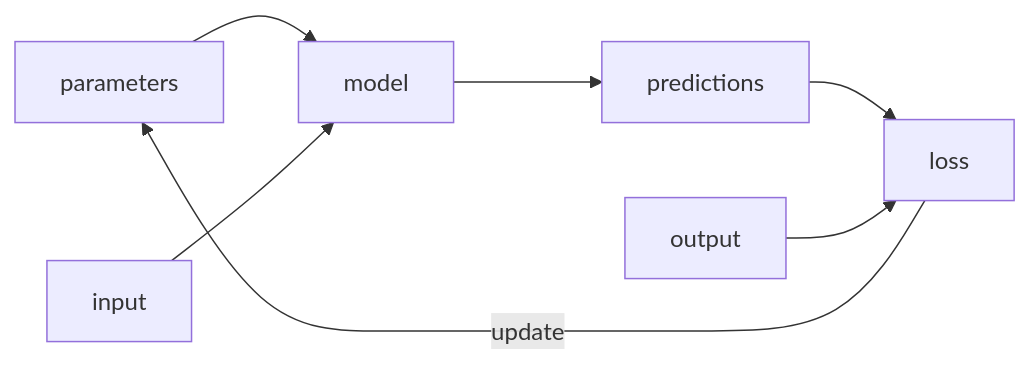
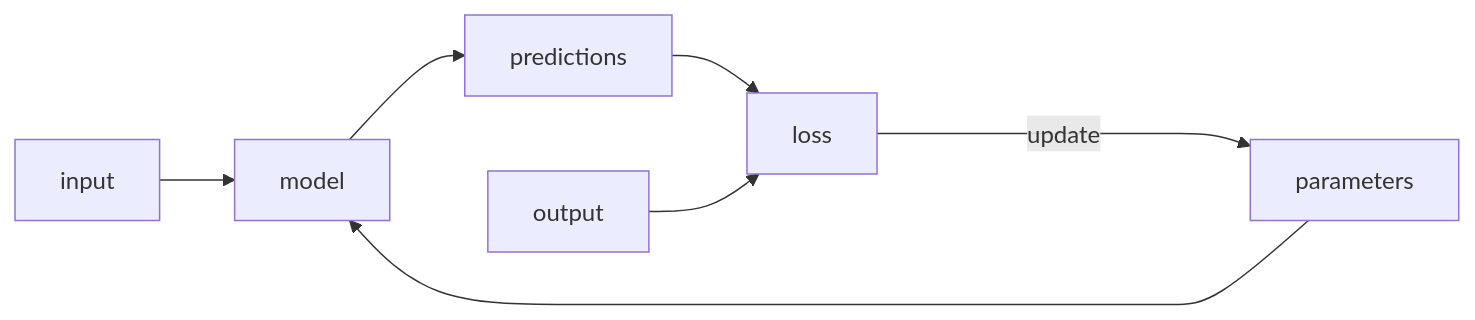
Before and after one commit to nicoladerric/nicoladerric.github.io: the third of 3 diagrams in _posts/2023-08-16-rivoluzione.md, drawn with Mermaid.

````diff
--- a/_posts/2023-08-16-rivoluzione.md
+++ b/_posts/2023-08-16-rivoluzione.md
@@ -31,9 +31,9 @@
 ```mermaid
 flowchart LR;
+    input --> model;
     parameters --> model;
-    input --> model;
     model --> predictions;
     predictions --> loss;
     output --> loss;
-    loss --> |update|parameters;
+    loss -----> |update|parameters;
 ```
````
